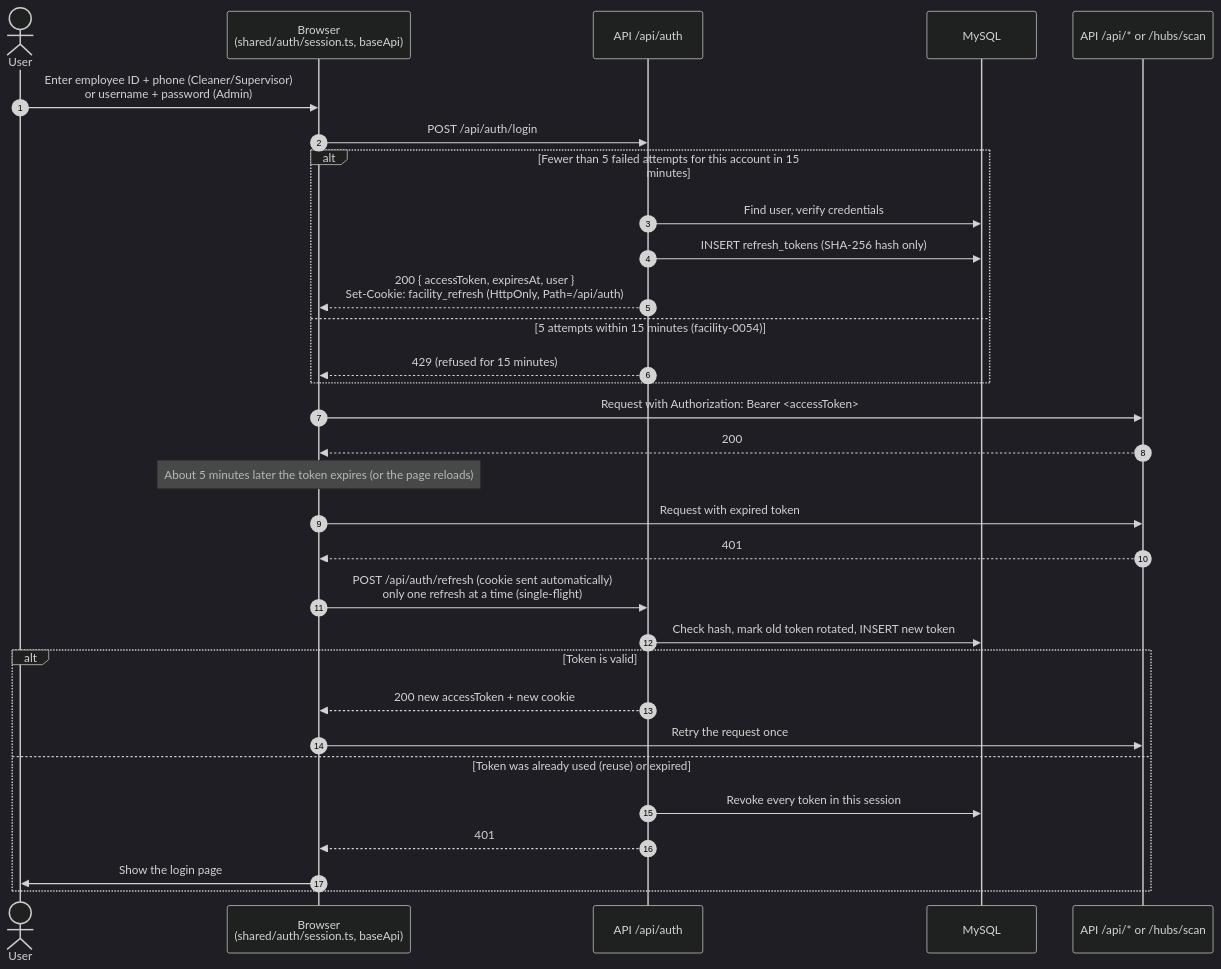
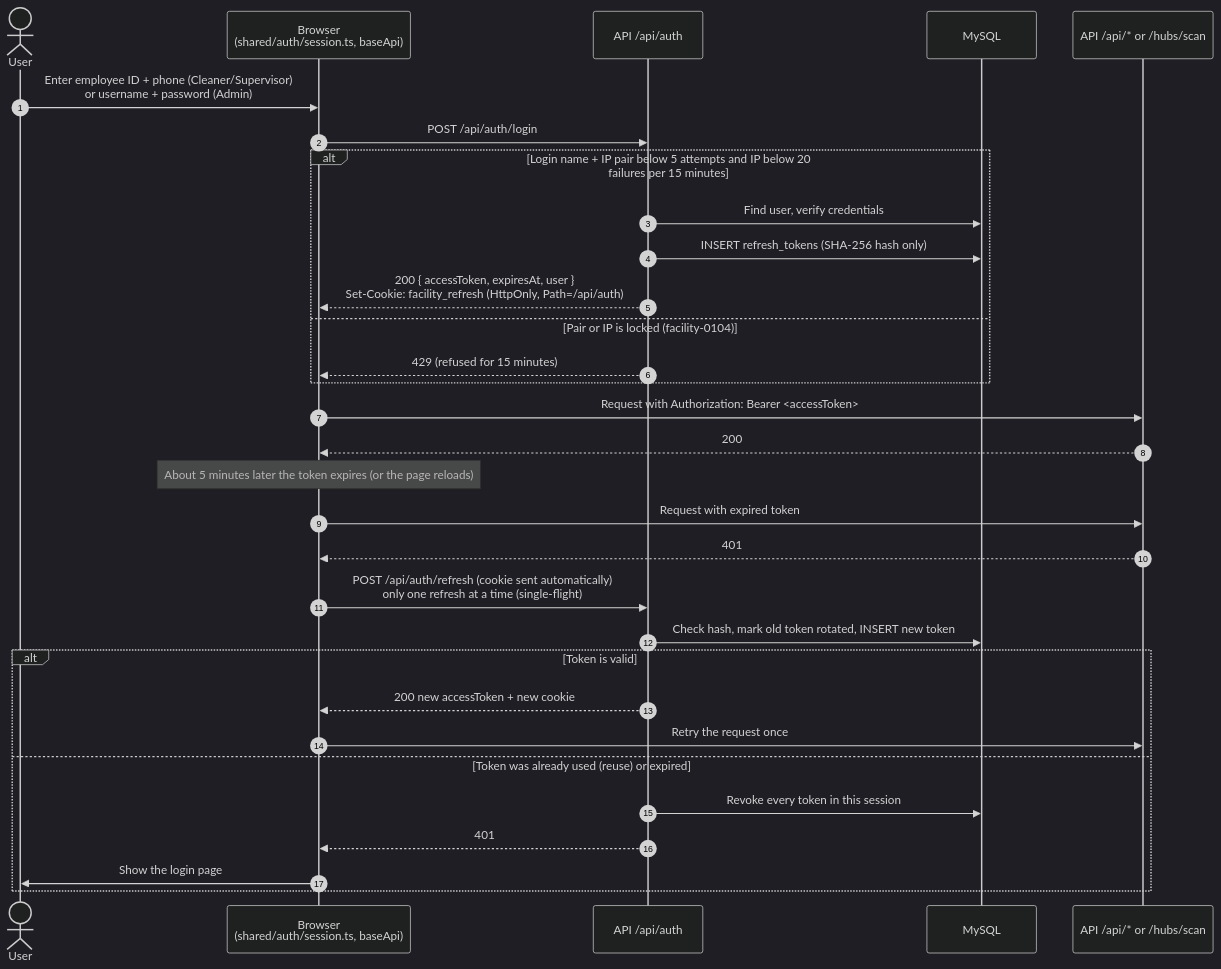
One commit to ThodsaphonSonthiphin/Facility-Real-time-dashboard changed the fifth of 6 diagrams in docs/architecture.md. Above: the diagram before and after it, drawn with Mermaid (dark theme). The commit also changed other lines of this file and 23 other files, not shown here.

````diff
--- a/docs/architecture.md
+++ b/docs/architecture.md
@@ -249,37 +207,37 @@
 ```mermaid
 sequenceDiagram
     autonumber
     actor User
     participant FE as Browser<br/>(shared/auth/session.ts, baseApi)
     participant Auth as API /api/auth
     participant DB as MySQL
     participant Api as API /api/* or /hubs/scan
 
     User->>FE: Enter employee ID + phone (Cleaner/Supervisor)<br/>or username + password (Admin)
     FE->>Auth: POST /api/auth/login
-    alt Fewer than 5 failed attempts for this account in 15 minutes
+    alt Login name + IP pair below 5 attempts and IP below 20 failures per 15 minutes
         Auth->>DB: Find user, verify credentials
         Auth->>DB: INSERT refresh_tokens (SHA-256 hash only)
         Auth-->>FE: 200 { accessToken, expiresAt, user }<br/>Set-Cookie: facility_refresh (HttpOnly, Path=/api/auth)
-    else 5 attempts within 15 minutes (facility-0054)
+    else Pair or IP is locked (facility-0104)
         Auth-->>FE: 429 (refused for 15 minutes)
     end
 
     FE->>Api: Request with Authorization: Bearer <accessToken>
     Api-->>FE: 200
 
     Note over FE: About 5 minutes later the token expires (or the page reloads)
 
     FE->>Api: Request with expired token
     Api-->>FE: 401
     FE->>Auth: POST /api/auth/refresh (cookie sent automatically)<br/>only one refresh at a time (single-flight)
     Auth->>DB: Check hash, mark old token rotated, INSERT new token
     alt Token is valid
         Auth-->>FE: 200 new accessToken + new cookie
         FE->>Api: Retry the request once
     else Token was already used (reuse) or expired
         Auth->>DB: Revoke every token in this session
         Auth-->>FE: 401
         FE->>User: Show the login page
     end
 ```
````
